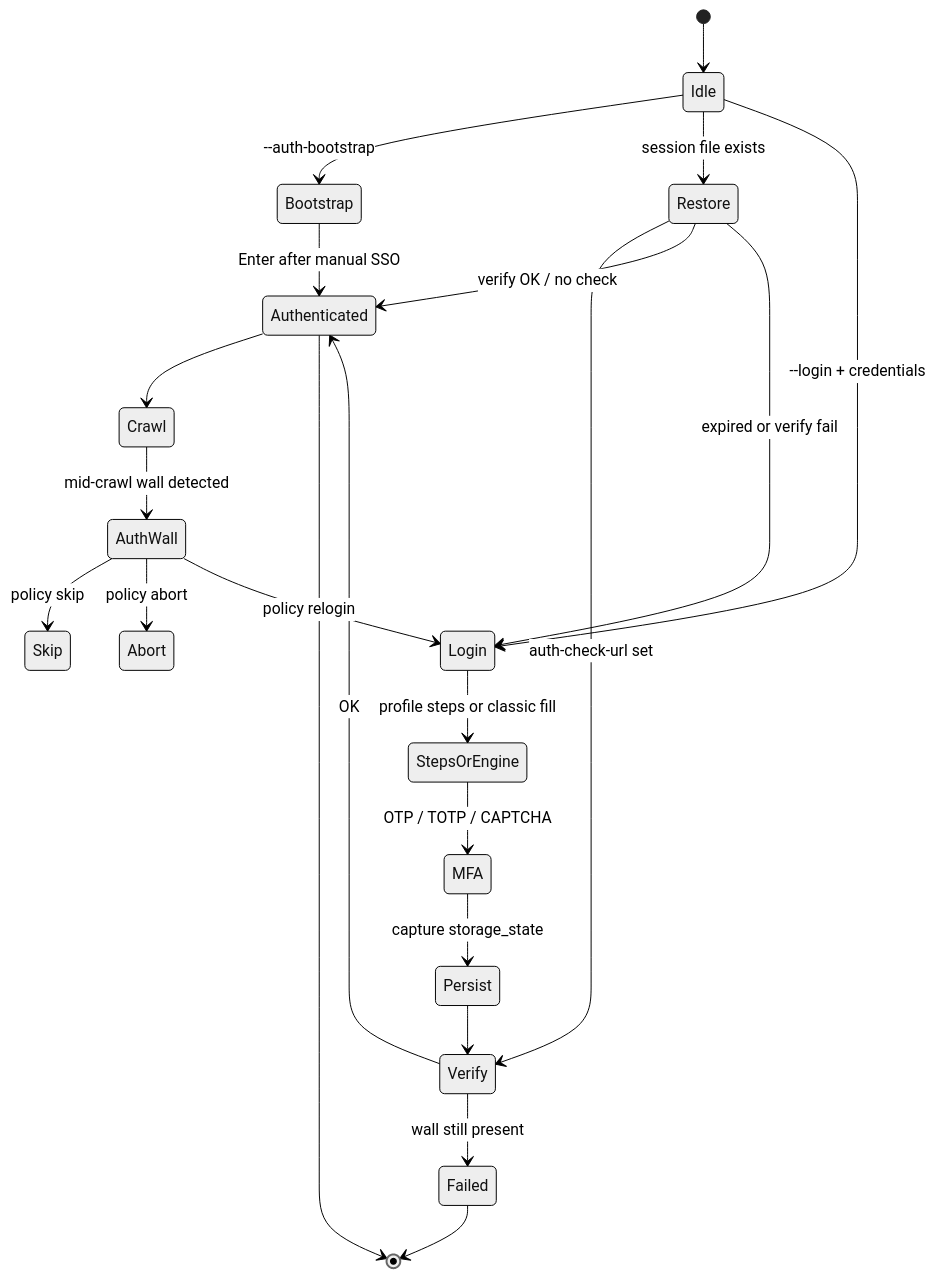
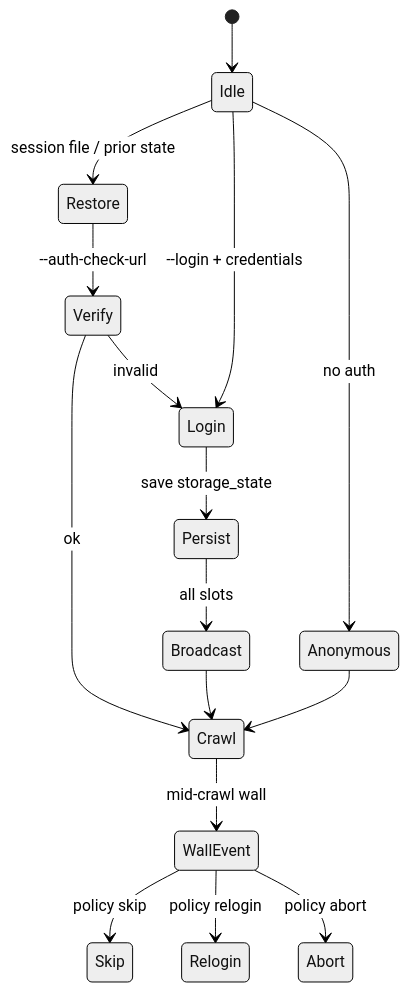
The second of 3 diagrams in docs/architecture/AUTH.md (Shellghostt/WebVac), drawn with Mermaid (neutral theme) before and after one commit. The commit also changed other lines of this file and 8 other files, not shown here.

First line of the commit message:
Document subsystem architecture deep dives

````diff
--- a/docs/architecture/AUTH.md
+++ b/docs/architecture/AUTH.md
@@ -75,27 +40,18 @@
 ```mermaid
 stateDiagram-v2
   [*] --> Idle
-  Idle --> Bootstrap: --auth-bootstrap
-  Idle --> Restore: session file exists
+  Idle --> Restore: session file / prior state
   Idle --> Login: --login + credentials
-
-  Bootstrap --> Authenticated: Enter after manual SSO
-  Restore --> Verify: auth-check-url set
-  Restore --> Authenticated: verify OK / no check
-  Restore --> Login: expired or verify fail
-
-  Login --> StepsOrEngine: profile steps or classic fill
-  StepsOrEngine --> MFA: OTP / TOTP / CAPTCHA
-  MFA --> Persist: capture storage_state
-  Persist --> Verify
-  Verify --> Authenticated: OK
-  Verify --> Failed: wall still present
-
-  Authenticated --> Crawl
-  Crawl --> AuthWall: mid-crawl wall detected
-  AuthWall --> Skip: policy skip
-  AuthWall --> Abort: policy abort
-  AuthWall --> Login: policy relogin
-  Authenticated --> [*]
-  Failed --> [*]
+  Idle --> Anonymous: no auth
+  Restore --> Verify: --auth-check-url
+  Verify --> Crawl: ok
+  Verify --> Login: invalid
+  Login --> Persist: save storage_state
+  Persist --> Broadcast: all slots
+  Broadcast --> Crawl
+  Anonymous --> Crawl
+  Crawl --> WallEvent: mid-crawl wall
+  WallEvent --> Skip: policy skip
+  WallEvent --> Relogin: policy relogin
+  WallEvent --> Abort: policy abort
 ```
````
